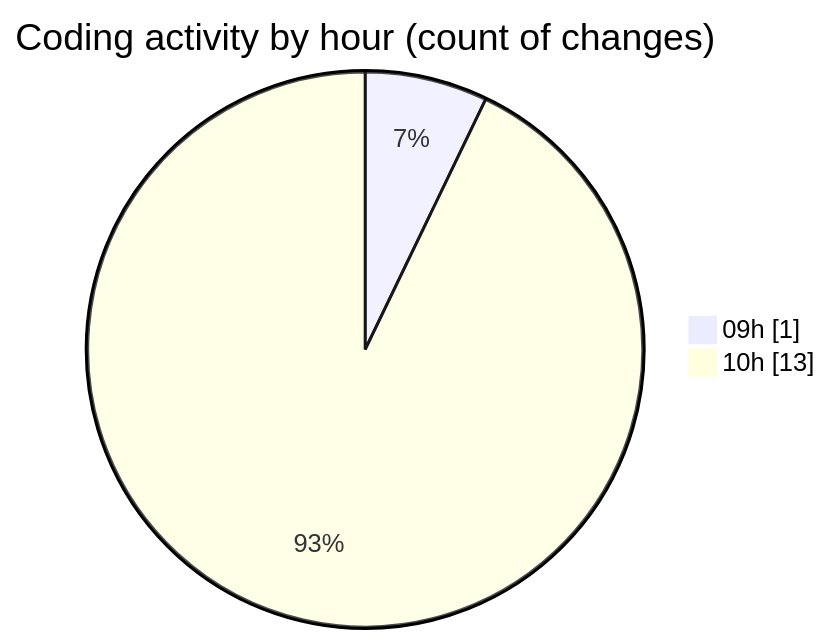
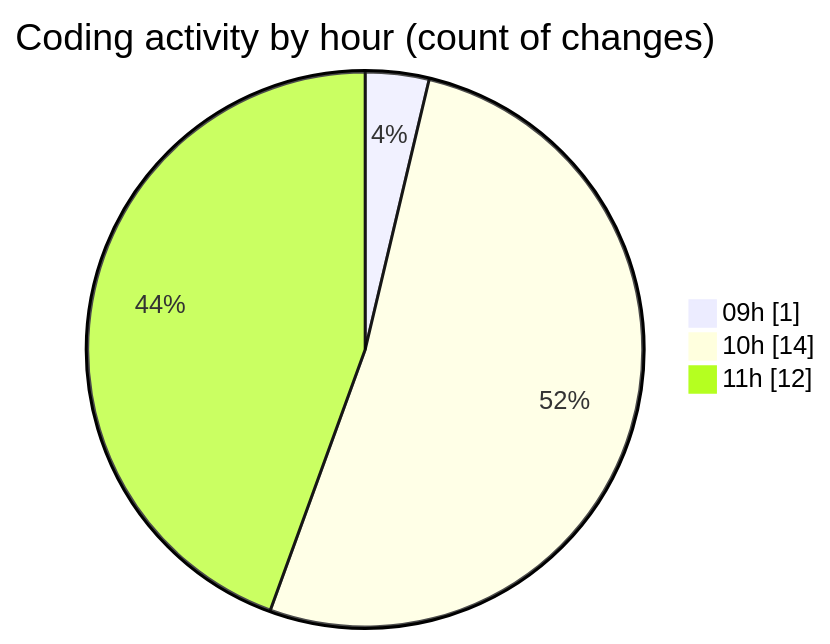
One commit to Elitesun/code-tracking changed the second of 2 diagrams in 2025-05-07/niten/README.md. Above: the diagram before and after it, drawn with Mermaid. The commit also changed other lines of this file and 1 other file, not shown here.

````diff
--- a/2025-05-07/niten/README.md
+++ b/2025-05-07/niten/README.md
@@ -40,6 +40,7 @@
 ```mermaid
 pie showData
 title Coding activity by hour (count of changes)
 "09h" : 1
-"10h" : 13
+"10h" : 14
+"11h" : 12
 ```
````
